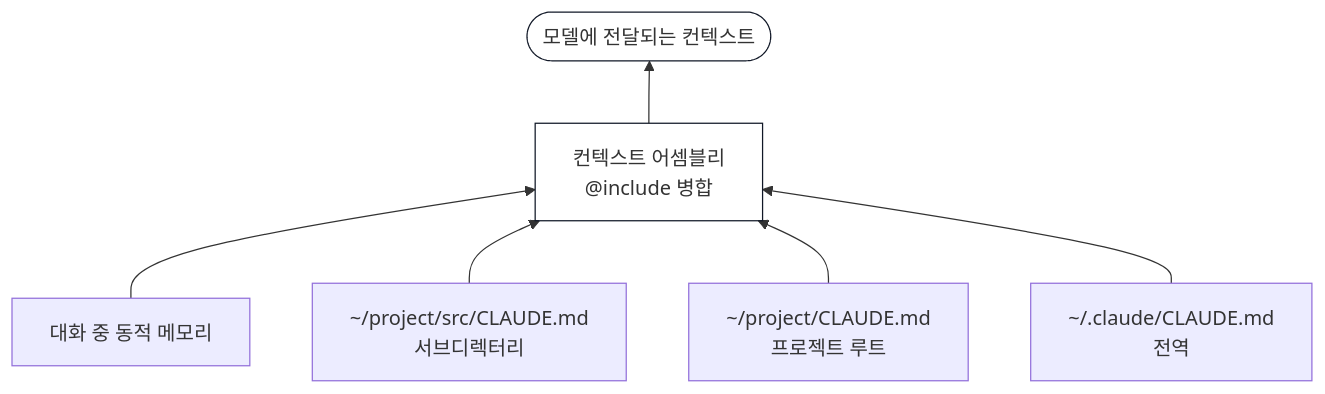
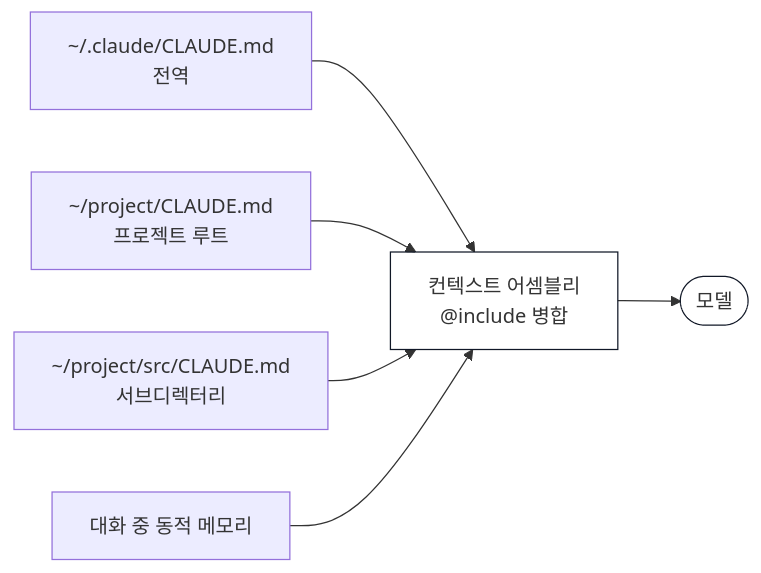
One commit to currenjin/currenjin.github.io changed the ninth of 9 diagrams in _wiki/claude-code.md. Above: the diagram before and after it, drawn with Mermaid. The commit also changed other lines of this file, not shown here.

Commit message:
style: Convert all vertical diagrams to horizontal (LR) layout

````diff
--- a/_wiki/claude-code.md
+++ b/_wiki/claude-code.md
@@ -482,11 +490,11 @@
 ```mermaid
-flowchart BT
+flowchart LR
+    A["~/.claude/CLAUDE.md\n전역"] --> MERGE
+    B["~/project/CLAUDE.md\n프로젝트 루트"] --> MERGE
+    C["~/project/src/CLAUDE.md\n서브디렉터리"] --> MERGE
     D[대화 중 동적 메모리] --> MERGE
-    C["~/project/src/CLAUDE.md\n서브디렉터리"] --> MERGE
-    B["~/project/CLAUDE.md\n프로젝트 루트"] --> MERGE
-    A["~/.claude/CLAUDE.md\n전역"] --> MERGE
-    MERGE[컨텍스트 어셈블리\n@include 병합] --> CTX([모델에 전달되는 컨텍스트])
+    MERGE[컨텍스트 어셈블리\n@include 병합] --> CTX([모델])
 
     style MERGE fill:transparent,stroke:#111827
     style CTX fill:transparent,stroke:#111827
 ```
````
